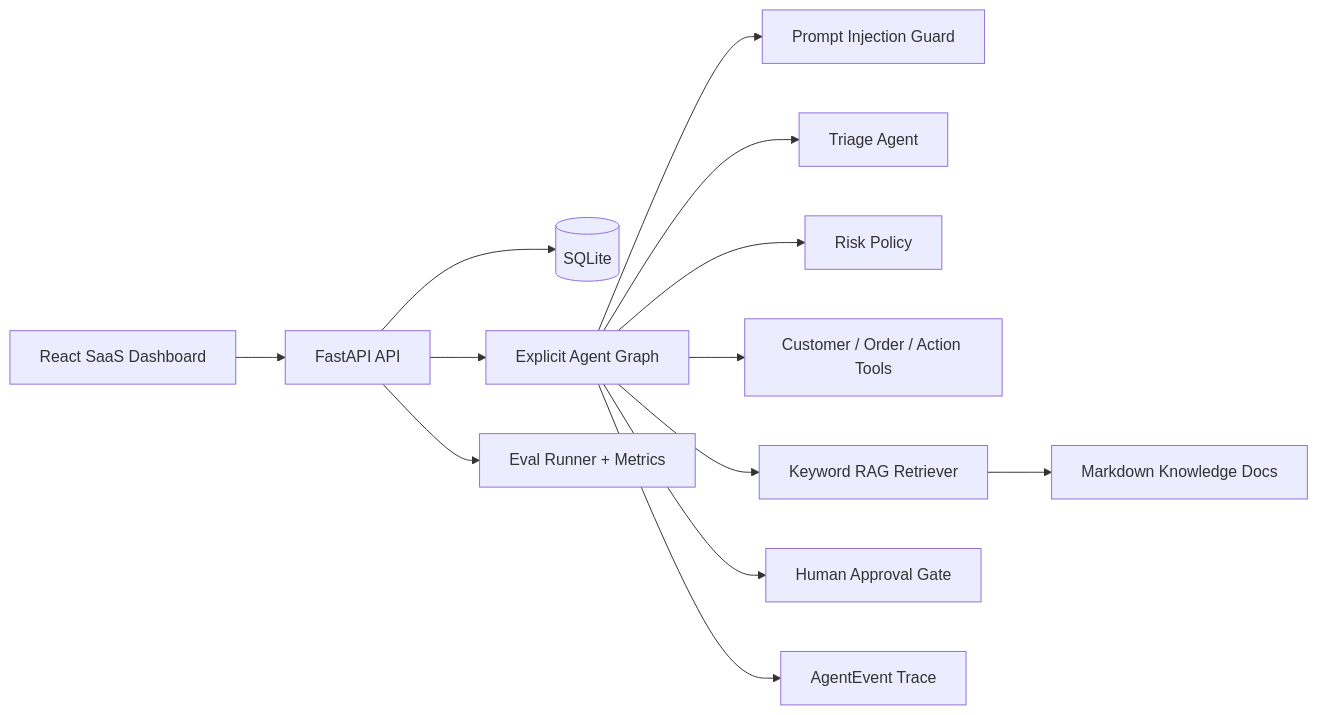
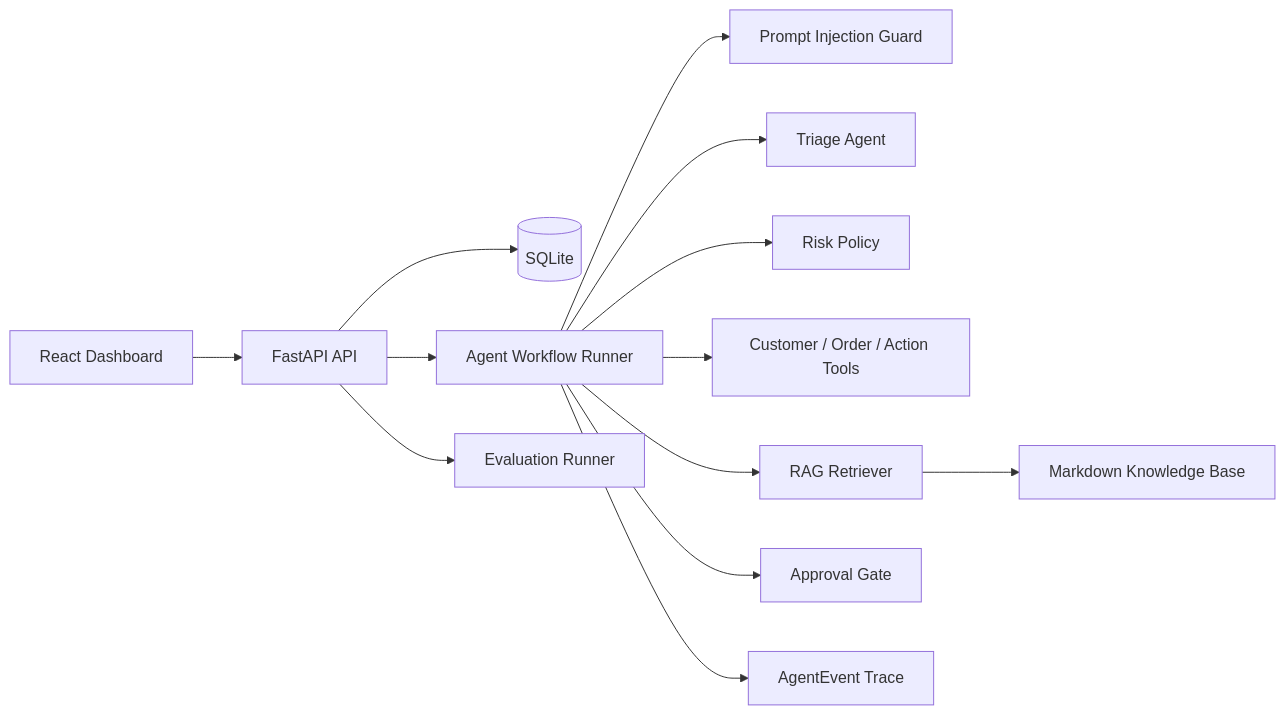
Before and after one commit to ab2956955606-cmyk/ai_customer_service: the first of 2 diagrams in README.md, drawn with Mermaid. The commit also changed other lines of this file, not shown here.

````diff
--- a/README.md
+++ b/README.md
@@ -11,15 +24,15 @@
 ```mermaid
 flowchart LR
-  UI["React SaaS Dashboard"] --> API["FastAPI API"]
+  UI["React Dashboard"] --> API["FastAPI API"]
   API --> DB[("SQLite")]
-  API --> GRAPH["Explicit Agent Graph"]
+  API --> GRAPH["Agent Workflow Runner"]
   GRAPH --> GUARD["Prompt Injection Guard"]
   GRAPH --> TRIAGE["Triage Agent"]
-  GRAPH --> POLICY["Risk Policy"]
+  GRAPH --> RISK["Risk Policy"]
   GRAPH --> TOOLS["Customer / Order / Action Tools"]
-  GRAPH --> RAG["Keyword RAG Retriever"]
-  RAG --> KB["Markdown Knowledge Docs"]
-  GRAPH --> APPROVAL["Human Approval Gate"]
+  GRAPH --> RAG["RAG Retriever"]
+  RAG --> KB["Markdown Knowledge Base"]
+  GRAPH --> APPROVAL["Approval Gate"]
   GRAPH --> TRACE["AgentEvent Trace"]
-  API --> EVALS["Eval Runner + Metrics"]
+  API --> EVALS["Evaluation Runner"]
 ```
````
